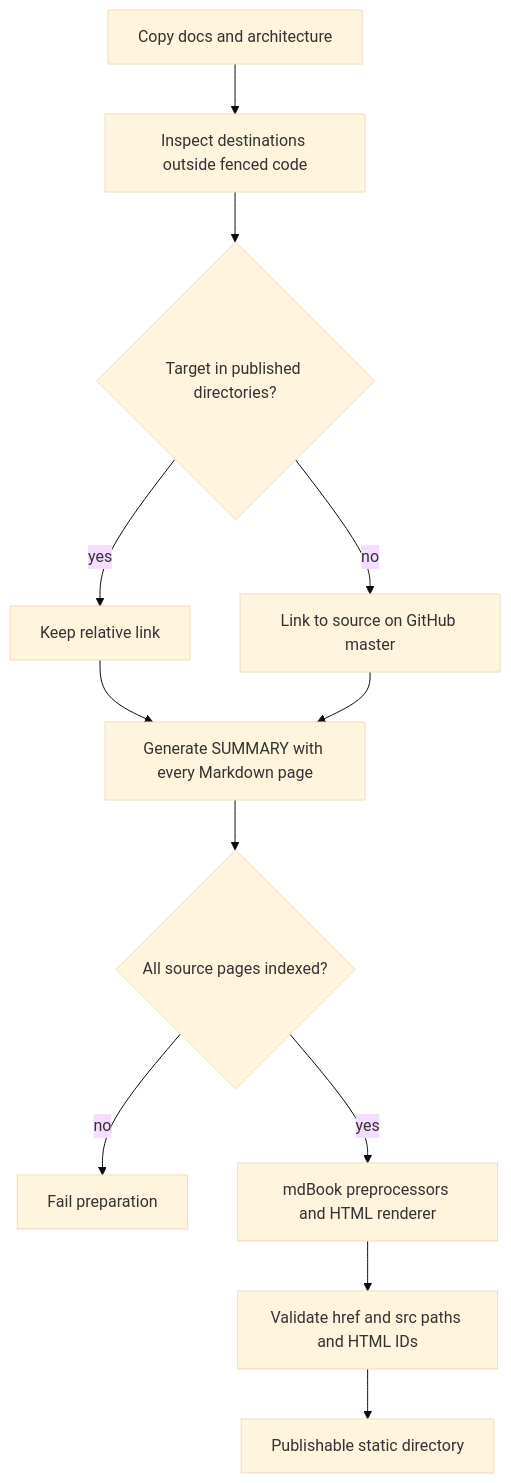
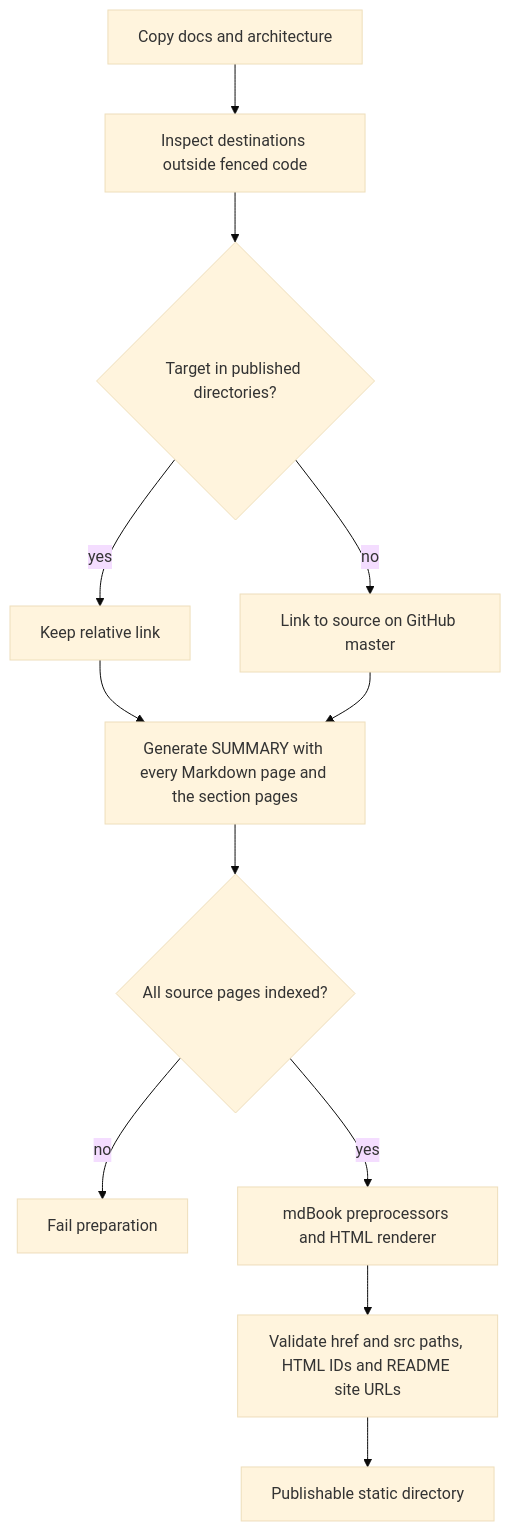
Before and after one commit to M-Compressors/mbrotli: the second of 4 diagrams in architecture/documentation.md, drawn with Mermaid (base theme). The commit also changed other lines of this file and 25 other files, not shown here.

````diff
--- a/architecture/documentation.md
+++ b/architecture/documentation.md
@@ -43,14 +46,14 @@
 ```mermaid
 flowchart TD
     Copy[Copy docs and architecture] --> Links[Inspect destinations outside fenced code]
     Links --> Local{Target in published directories?}
     Local -->|yes| Relative[Keep relative link]
     Local -->|no| GitHub[Link to source on GitHub master]
-    Relative --> Summary[Generate SUMMARY with every Markdown page]
+    Relative --> Summary[Generate SUMMARY with every Markdown page and the section pages]
     GitHub --> Summary
     Summary --> Complete{All source pages indexed?}
     Complete -->|no| Fail[Fail preparation]
     Complete -->|yes| Render[mdBook preprocessors and HTML renderer]
-    Render --> Validate[Validate href and src paths and HTML IDs]
+    Render --> Validate[Validate href and src paths, HTML IDs and README site URLs]
     Validate --> Artifact[Publishable static directory]
 ```
````
